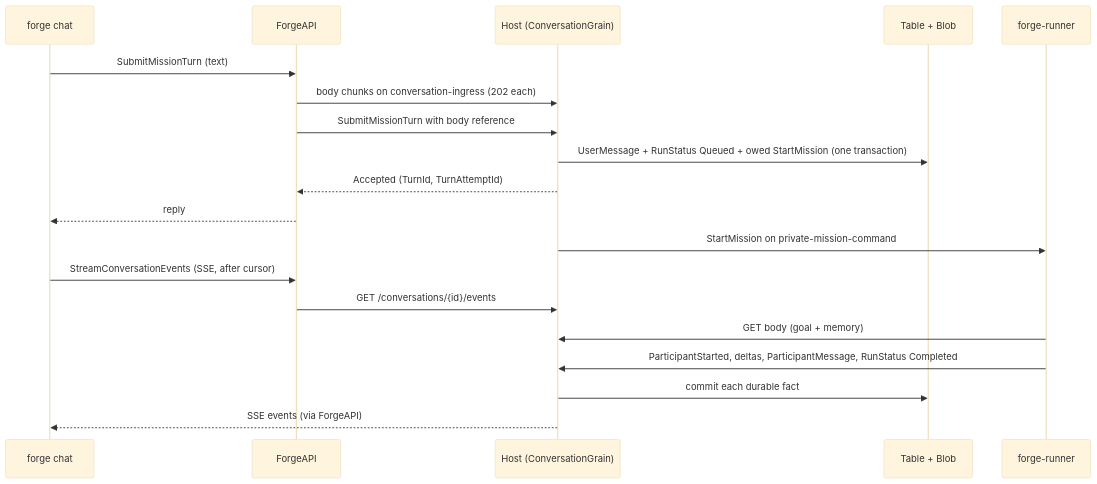
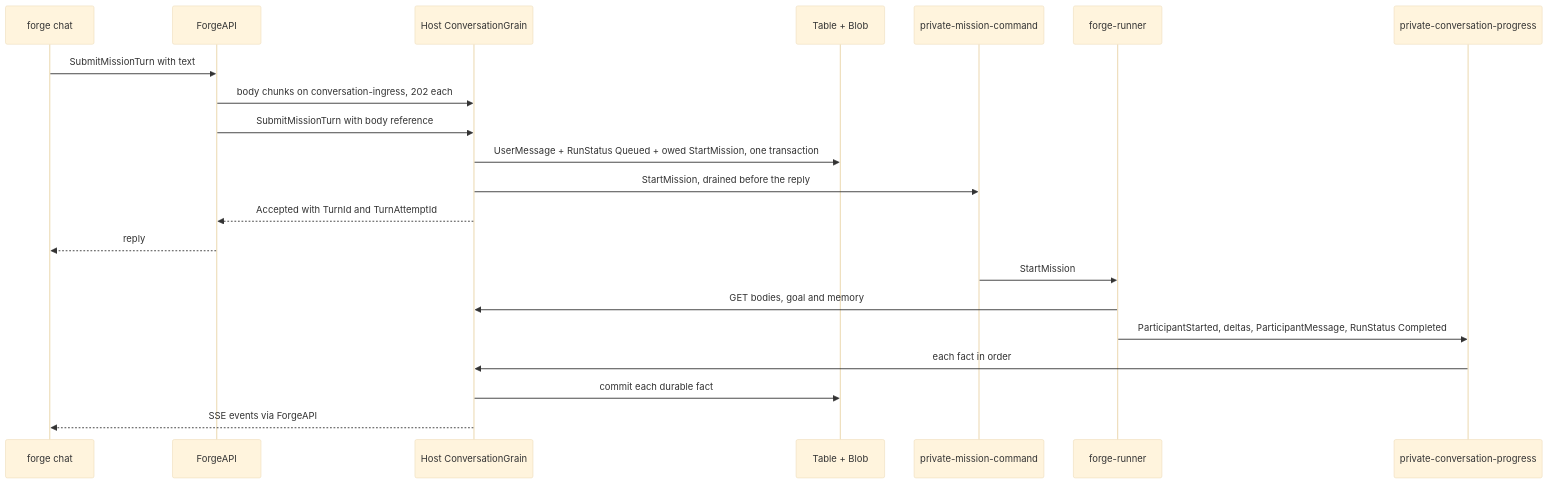
Before and after one commit to katasec/mission-control-language: the second of 23 diagrams in docs/design/how-conversations-work.md, drawn with Mermaid (base theme). The commit also changed other lines of this file and 2 other files, not shown here.

Commit message:
docs: How conversations work — review fixes (53.9 PASS, hands handoff, dispatch order, dead-letter)

````diff
--- a/docs/design/how-conversations-work.md
+++ b/docs/design/how-conversations-work.md
@@ -47,21 +53,23 @@
 ```mermaid
 sequenceDiagram
   participant C as forge chat
   participant A as ForgeAPI
-  participant H as Host (ConversationGrain)
+  participant H as Host ConversationGrain
   participant S as Table + Blob
+  participant MC as private-mission-command
   participant R as forge-runner
-  C->>A: SubmitMissionTurn (text)
-  A->>H: body chunks on conversation-ingress (202 each)
+  participant PQ as private-conversation-progress
+  C->>A: SubmitMissionTurn with text
+  A->>H: body chunks on conversation-ingress, 202 each
   A->>H: SubmitMissionTurn with body reference
-  H->>S: UserMessage + RunStatus Queued + owed StartMission (one transaction)
-  H-->>A: Accepted (TurnId, TurnAttemptId)
+  H->>S: UserMessage + RunStatus Queued + owed StartMission, one transaction
+  H->>MC: StartMission, drained before the reply
+  H-->>A: Accepted with TurnId and TurnAttemptId
   A-->>C: reply
-  H->>R: StartMission on private-mission-command
-  C->>A: StreamConversationEvents (SSE, after cursor)
-  A->>H: GET /conversations/{id}/events
-  R->>H: GET body (goal + memory)
-  R->>H: ParticipantStarted, deltas, ParticipantMessage, RunStatus Completed
+  MC->>R: StartMission
+  R->>H: GET bodies, goal and memory
+  R->>PQ: ParticipantStarted, deltas, ParticipantMessage, RunStatus Completed
+  PQ->>H: each fact in order
   H->>S: commit each durable fact
-  H-->>C: SSE events (via ForgeAPI)
+  H-->>C: SSE events via ForgeAPI
 ```
````
